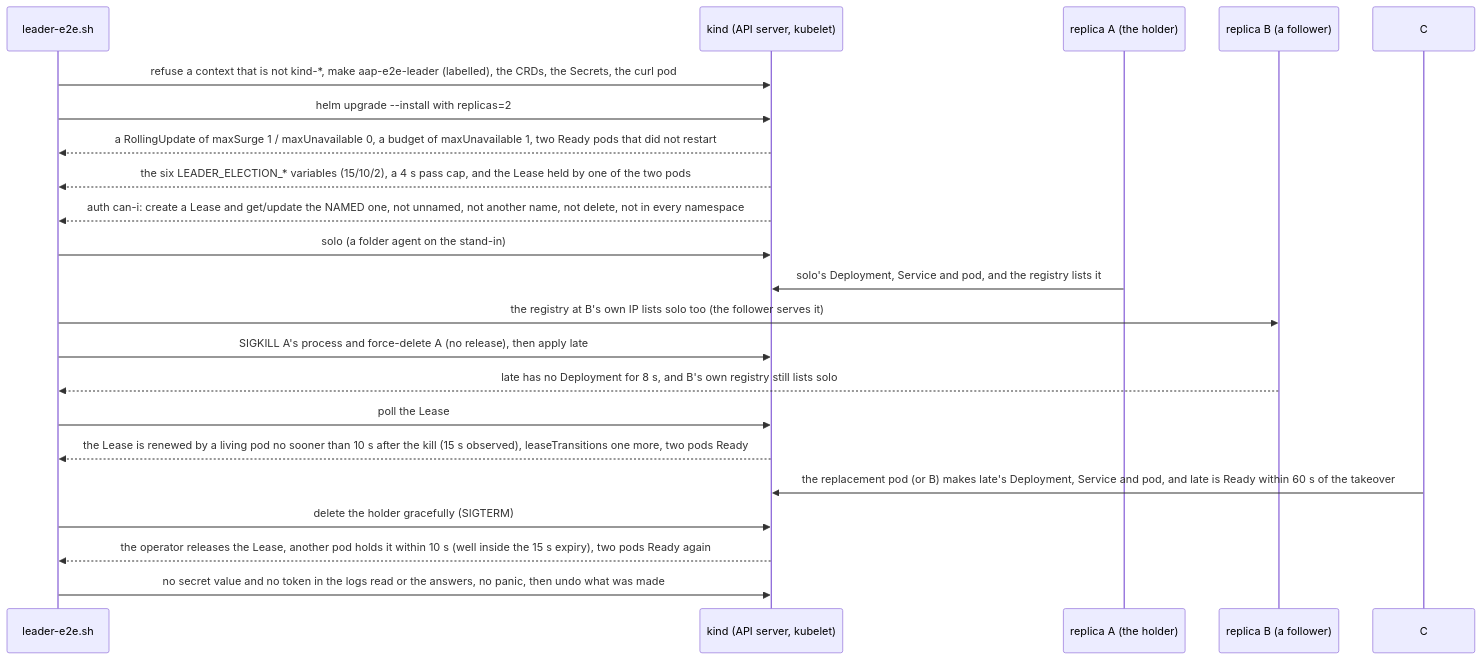
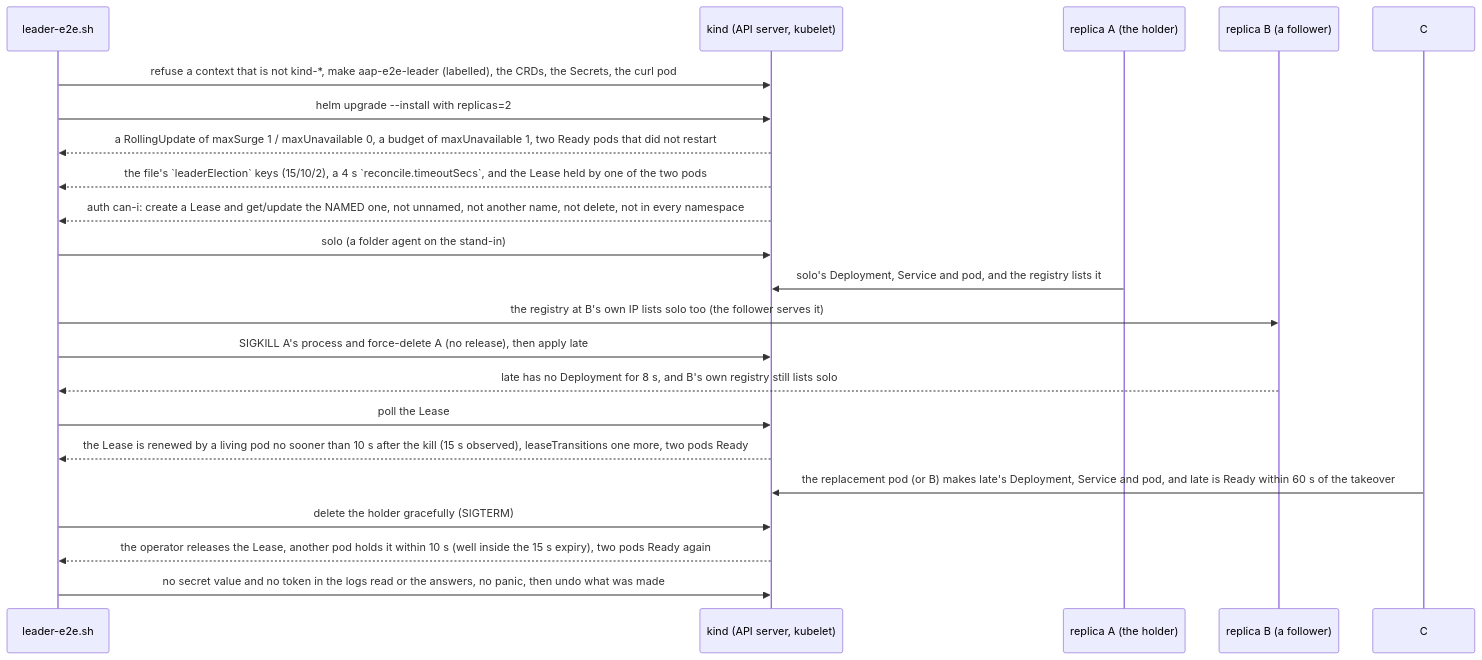
Diagram 13 of 14 in deploy/operator/tests/e2e/README.md (vymalo/another-agentic-platform), drawn with Mermaid before and after one commit. The commit also changed other lines of this file and 7 other files, not shown here.

````diff
--- a/deploy/operator/tests/e2e/README.md
+++ b/deploy/operator/tests/e2e/README.md
@@ -879,24 +879,24 @@
 ```mermaid
 sequenceDiagram
     participant J as leader-e2e.sh
     participant K as kind (API server, kubelet)
     participant A as replica A (the holder)
     participant B as replica B (a follower)
 
     J->>K: refuse a context that is not kind-*, make aap-e2e-leader (labelled), the CRDs, the Secrets, the curl pod
     J->>K: helm upgrade --install with replicas=2
     K-->>J: a RollingUpdate of maxSurge 1 / maxUnavailable 0, a budget of maxUnavailable 1, two Ready pods that did not restart
-    K-->>J: the six LEADER_ELECTION_* variables (15/10/2), a 4 s pass cap, and the Lease held by one of the two pods
+    K-->>J: the file's `leaderElection` keys (15/10/2), a 4 s `reconcile.timeoutSecs`, and the Lease held by one of the two pods
     K-->>J: auth can-i: create a Lease and get/update the NAMED one, not unnamed, not another name, not delete, not in every namespace
     J->>K: solo (a folder agent on the stand-in)
     A->>K: solo's Deployment, Service and pod, and the registry lists it
     J->>B: the registry at B's own IP lists solo too (the follower serves it)
     J->>K: SIGKILL A's process and force-delete A (no release), then apply late
     B-->>J: late has no Deployment for 8 s, and B's own registry still lists solo
     J->>K: poll the Lease
     K-->>J: the Lease is renewed by a living pod no sooner than 10 s after the kill (15 s observed), leaseTransitions one more, two pods Ready
     C->>K: the replacement pod (or B) makes late's Deployment, Service and pod, and late is Ready within 60 s of the takeover
     J->>K: delete the holder gracefully (SIGTERM)
     K-->>J: the operator releases the Lease, another pod holds it within 10 s (well inside the 15 s expiry), two pods Ready again
     J->>K: no secret value and no token in the logs read or the answers, no panic, then undo what was made
 ```
````
